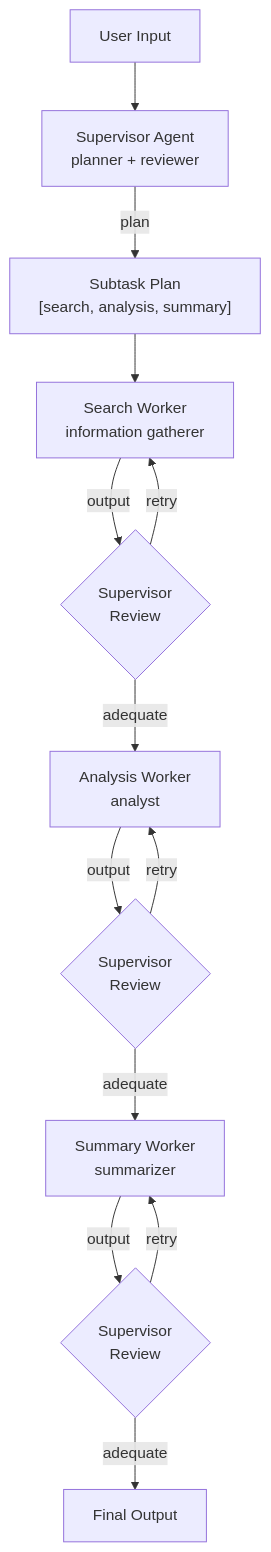
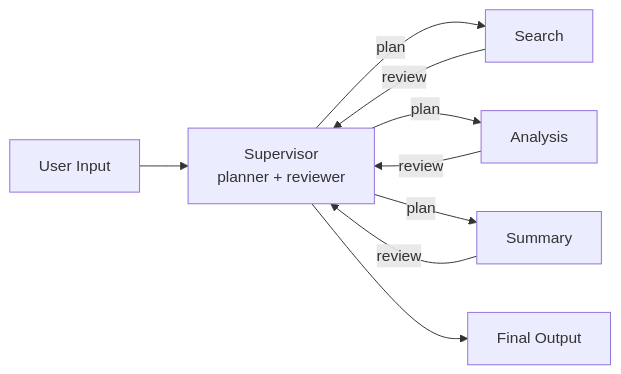
The diagram in patterns/supervisor/README.md (uid4oe/agent-orchestration-patterns), drawn with Mermaid before and after one commit. The commit also changed 7 other files, not shown here.

First line of the commit message:
refactor(frontend): remove Event Flow section, unify mermaid graphs, fix bull avatar

````diff
--- a/patterns/supervisor/README.md
+++ b/patterns/supervisor/README.md
@@ -13,15 +13,11 @@
 ```mermaid
-graph TB
-    Input[User Input] --> Supervisor[Supervisor Agent<br/>planner + reviewer]
-    Supervisor -->|plan| Plan["Subtask Plan<br/>[search, analysis, summary]"]
-    Plan --> Search[Search Worker<br/>information gatherer]
-    Search -->|output| Review1{Supervisor<br/>Review}
-    Review1 -->|adequate| Analysis[Analysis Worker<br/>analyst]
-    Review1 -->|retry| Search
-    Analysis -->|output| Review2{Supervisor<br/>Review}
-    Review2 -->|adequate| Summary[Summary Worker<br/>summarizer]
-    Review2 -->|retry| Analysis
-    Summary -->|output| Review3{Supervisor<br/>Review}
-    Review3 -->|adequate| Output[Final Output]
-    Review3 -->|retry| Summary
+graph LR
+    Input[User Input] --> Supervisor[Supervisor<br/>planner + reviewer]
+    Supervisor -->|plan| Search[Search]
+    Search -->|review| Supervisor
+    Supervisor -->|plan| Analysis[Analysis]
+    Analysis -->|review| Supervisor
+    Supervisor -->|plan| Summary[Summary]
+    Summary -->|review| Supervisor
+    Supervisor --> Output[Final Output]
 ```
````
